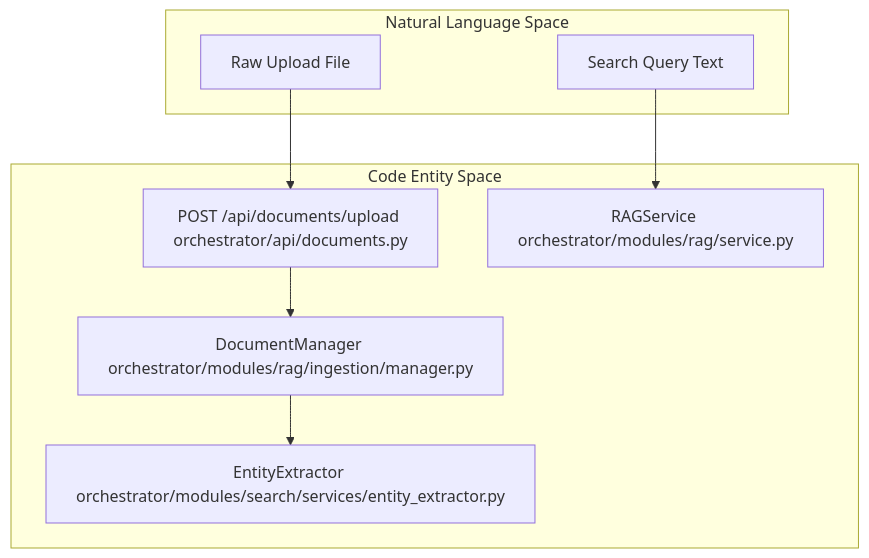
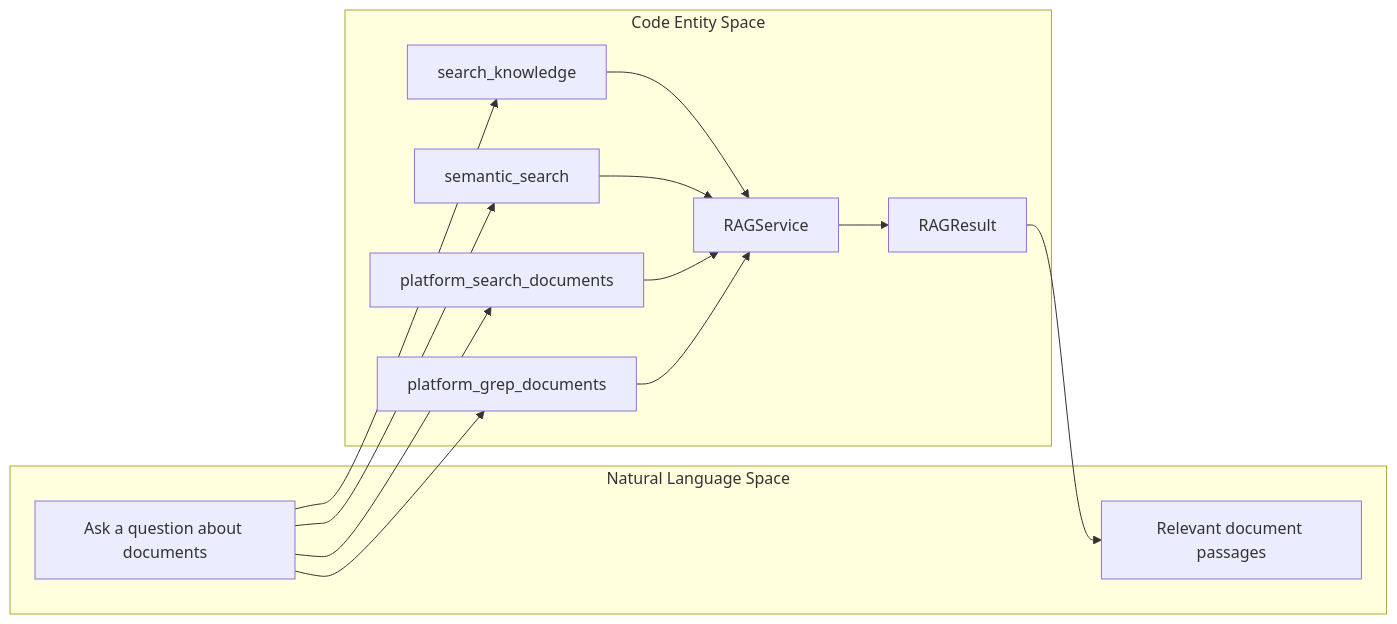
One commit to AutomatosAI/automatos-ai changed the second of 2 diagrams in docs/knowledge-base-rag/_index.md. Above: the diagram before and after it, drawn with Mermaid. The commit also changed other lines of this file and 188 other files, not shown here.

First line of the commit message:
docs: refresh architecture docs and add coverage for new subsystems (#1416)

````diff
--- a/docs/knowledge-base-rag/_index.md
+++ b/docs/knowledge-base-rag/_index.md
@@ -77,19 +85,27 @@
 ```mermaid
-graph TB
+graph LR
     subgraph "Natural Language Space"
-        RawFile["Raw Upload File"]
-        QueryText["Search Query Text"]
+        Question["Ask a question about documents"]
+        Passage["Relevant document passages"]
     end
 
     subgraph "Code Entity Space"
-        UploadAPI["POST /api/documents/upload orchestrator/api/documents.py"]
-        Manager["DocumentManager orchestrator/modules/rag/ingestion/manager.py"]
-        Extractor["EntityExtractor orchestrator/modules/search/services/entity_extractor.py"]
-        RetrievalSvc["RAGService orchestrator/modules/rag/service.py"]
+        SearchKnowledge["search_knowledge"]
+        SemanticSearch["semantic_search"]
+        PlatformSearch["platform_search_documents"]
+        PlatformGrep["platform_grep_documents"]
+        RAGService["RAGService"]
+        RAGResult["RAGResult"]
     end
 
-    RawFile --> UploadAPI
-    UploadAPI --> Manager
-    Manager --> Extractor
-    QueryText --> RetrievalSvc
+    Question --> SearchKnowledge
+    Question --> SemanticSearch
+    Question --> PlatformSearch
+    Question --> PlatformGrep
+    SearchKnowledge --> RAGService
+    SemanticSearch --> RAGService
+    PlatformSearch --> RAGService
+    PlatformGrep --> RAGService
+    RAGService --> RAGResult
+    RAGResult --> Passage
 ```
````
